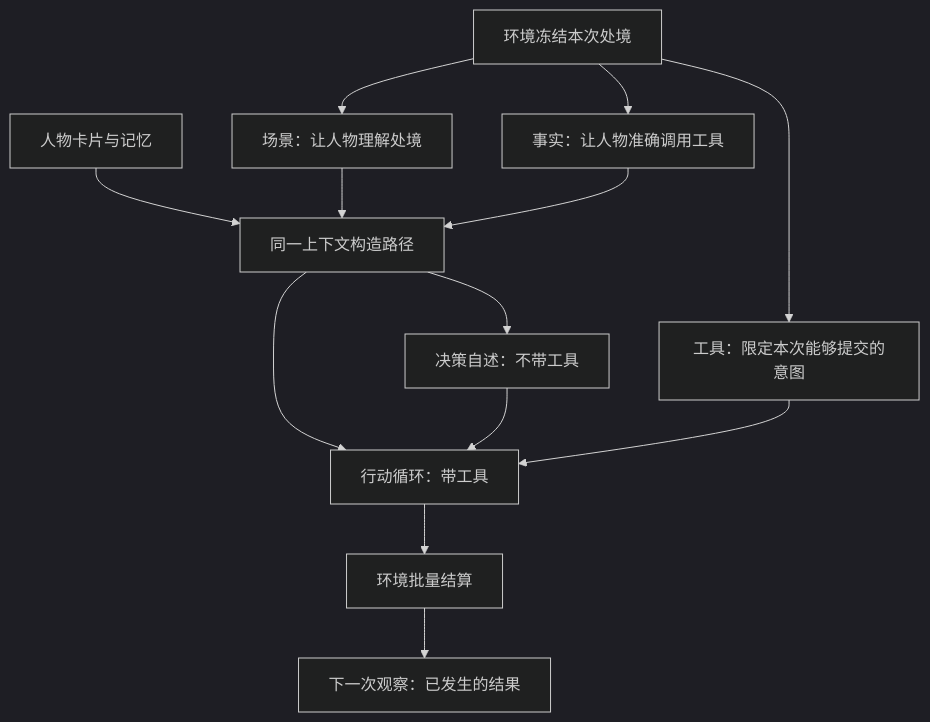
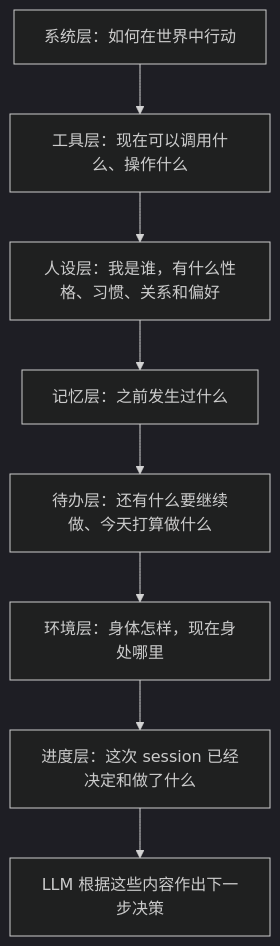
The first of 4 diagrams in docs/dev/PROPOSAL-decision-context.md (HoldThatThgt/WorldMock), drawn with Mermaid (dark theme) before and after one commit. The commit also changed other lines of this file and 11 other files, not shown here.

````diff
--- a/docs/dev/PROPOSAL-decision-context.md
+++ b/docs/dev/PROPOSAL-decision-context.md
@@ -17,15 +32,10 @@
 ```mermaid
 flowchart TB
-    W[环境冻结本次处境] --> S[场景：让人物理解处境]
-    W --> F[事实：让人物准确调用工具]
-    W --> T[工具：限定本次能够提交的意图]
-    P[人物卡片与记忆] --> C[同一上下文构造路径]
-    S --> C
-    F --> C
-    C --> D[决策自述：不带工具]
-    C --> A[行动循环：带工具]
-    D --> A
-    T --> A
-    A --> R[环境批量结算]
-    R --> N[下一次观察：已发生的结果]
+    S[系统层：如何在世界中行动] --> T[工具层：现在可以调用什么、操作什么]
+    T --> P[人设层：我是谁，有什么性格、习惯、关系和偏好]
+    P --> M[记忆层：之前发生过什么]
+    M --> D[待办层：还有什么要继续做、今天打算做什么]
+    D --> E[环境层：身体怎样，现在身处哪里]
+    E --> G[进度层：这次 session 已经决定和做了什么]
+    G --> L[LLM 根据这些内容作出下一步决策]
 ```
````
